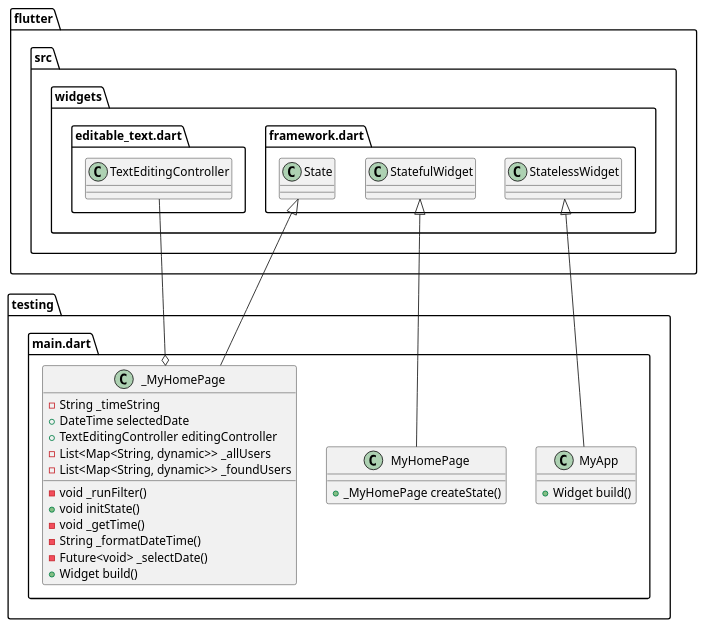
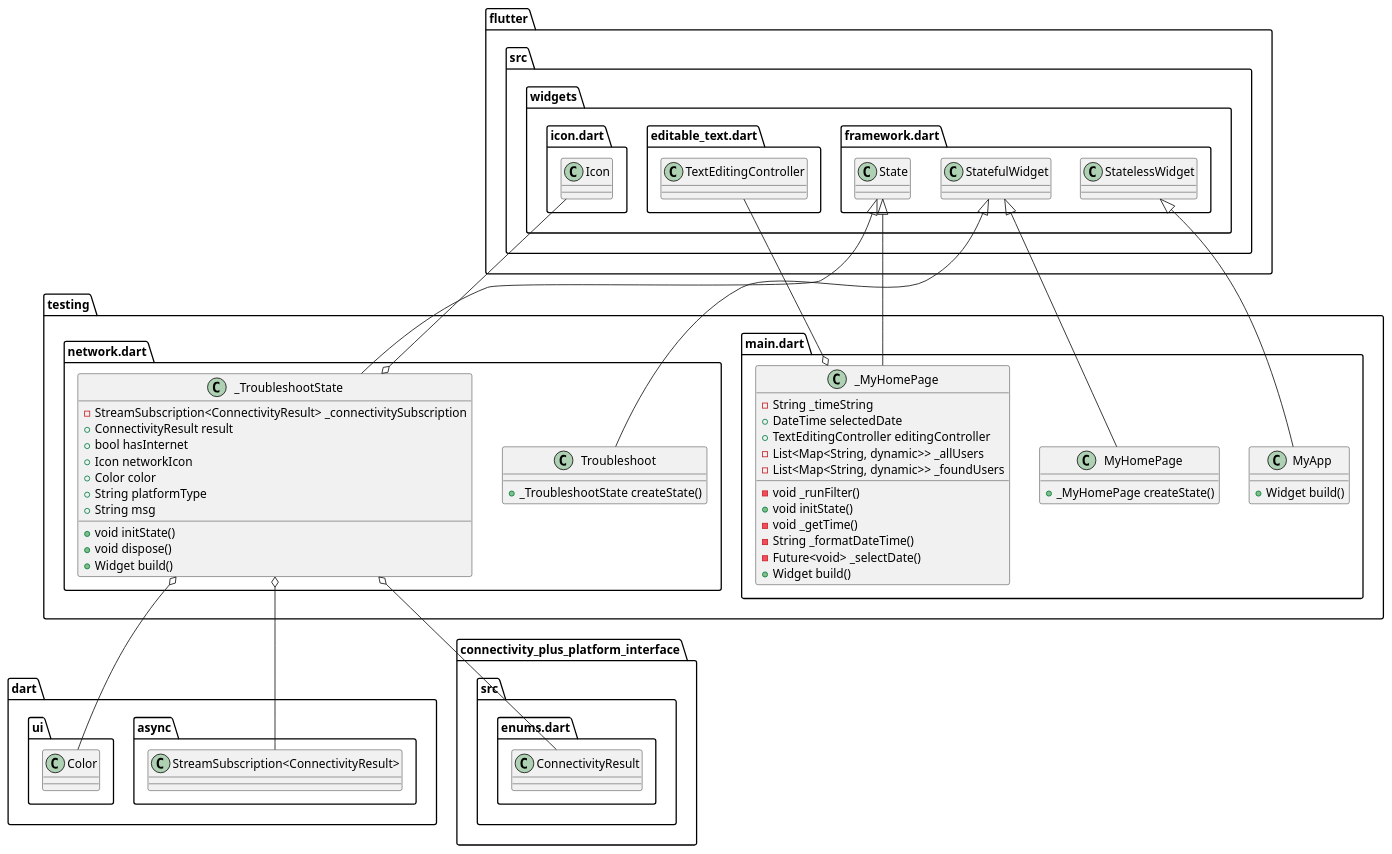
The diagram in test.puml (Hadjimamas/Testing_Project), drawn with PlantUML before and after one commit. The commit also changed 2 other files, not shown here.

```diff
--- a/test.puml
+++ b/test.puml
@@ -1,34 +1,59 @@
 @startuml
 set namespaceSeparator ::
 
 class "testing::main.dart::MyApp" {
   +Widget build()
 }
 
 "flutter::src::widgets::framework.dart::StatelessWidget" <|-- "testing::main.dart::MyApp"
 
 class "testing::main.dart::MyHomePage" {
   +_MyHomePage createState()
 }
 
 "flutter::src::widgets::framework.dart::StatefulWidget" <|-- "testing::main.dart::MyHomePage"
 
 class "testing::main.dart::_MyHomePage" {
   -String _timeString
   +DateTime selectedDate
   +TextEditingController editingController
   -List<Map<String, dynamic>> _allUsers
   -List<Map<String, dynamic>> _foundUsers
   -void _runFilter()
   +void initState()
   -void _getTime()
   -String _formatDateTime()
   -Future<void> _selectDate()
   +Widget build()
 }
 
 "testing::main.dart::_MyHomePage" o-- "flutter::src::widgets::editable_text.dart::TextEditingController"
 "flutter::src::widgets::framework.dart::State" <|-- "testing::main.dart::_MyHomePage"
 
+class "testing::network.dart::Troubleshoot" {
+  +_TroubleshootState createState()
+}
+
+"flutter::src::widgets::framework.dart::StatefulWidget" <|-- "testing::network.dart::Troubleshoot"
+
+class "testing::network.dart::_TroubleshootState" {
+  -StreamSubscription<ConnectivityResult> _connectivitySubscription
+  +ConnectivityResult result
+  +bool hasInternet
+  +Icon networkIcon
+  +Color color
+  +String platformType
+  +String msg
+  +void initState()
+  +void dispose()
+  +Widget build()
+}
+
+"testing::network.dart::_TroubleshootState" o-- "dart::async::StreamSubscription<ConnectivityResult>"
+"testing::network.dart::_TroubleshootState" o-- "connectivity_plus_platform_interface::src::enums.dart::ConnectivityResult"
+"testing::network.dart::_TroubleshootState" o-- "flutter::src::widgets::icon.dart::Icon"
+"testing::network.dart::_TroubleshootState" o-- "dart::ui::Color"
+"flutter::src::widgets::framework.dart::State" <|-- "testing::network.dart::_TroubleshootState"
+
 
 @enduml
```
